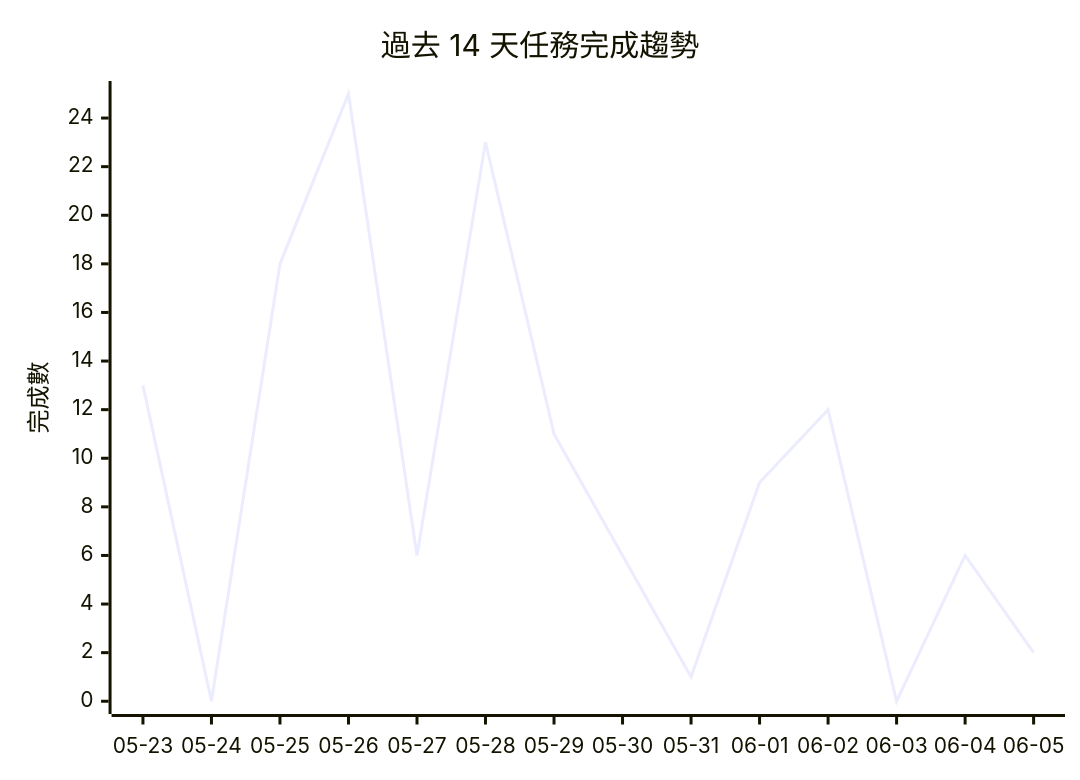
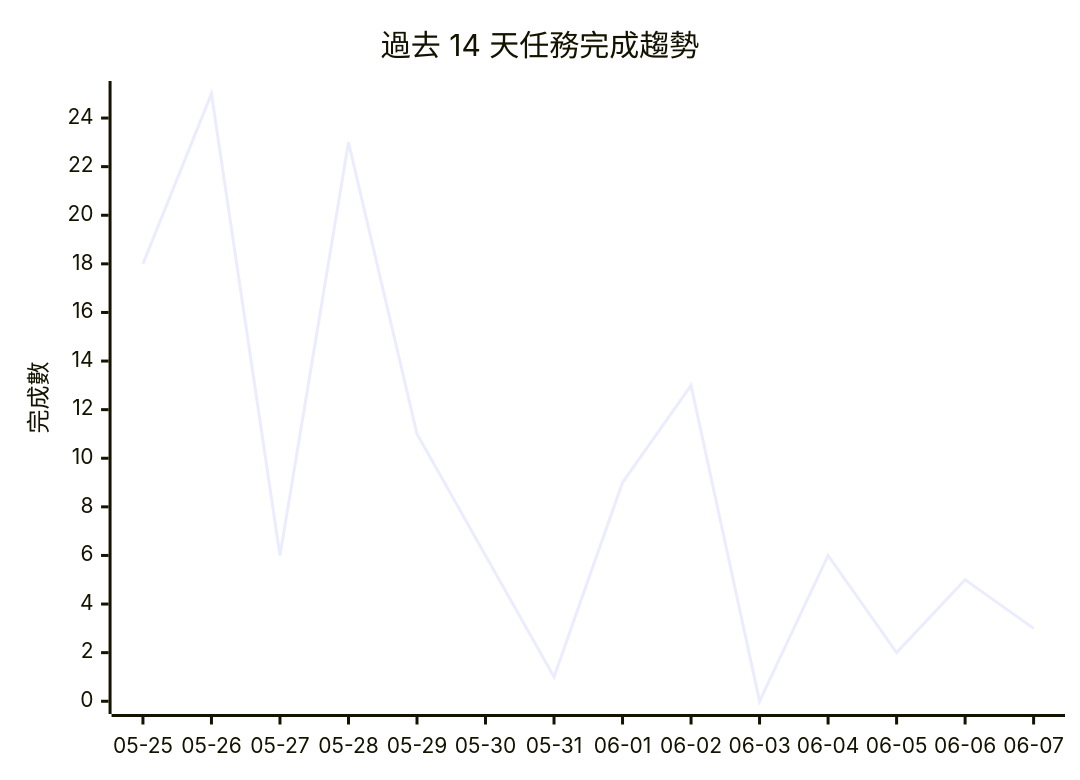
One commit to openclawchen8-lgtm/openclawchen8-lgtm changed the diagram in README.md. Above: the diagram before and after it, drawn with Mermaid. The commit also changed other lines of this file, not shown here.

````diff
--- a/README.md
+++ b/README.md
@@ -159,7 +147,7 @@
 ```mermaid
 xychart-beta
     title "過去 14 天任務完成趨勢"
-    x-axis ["05-23", "05-24", "05-25", "05-26", "05-27", "05-28", "05-29", "05-30", "05-31", "06-01", "06-02", "06-03", "06-04", "06-05"]
+    x-axis ["05-25", "05-26", "05-27", "05-28", "05-29", "05-30", "05-31", "06-01", "06-02", "06-03", "06-04", "06-05", "06-06", "06-07"]
     y-axis "完成數" 0 --> 25
-    line [13, 0, 18, 25, 6, 23, 11, 6, 1, 9, 12, 0, 6, 2]
+    line [18, 25, 6, 23, 11, 6, 1, 9, 13, 0, 6, 2, 5, 3]
 ```
````
